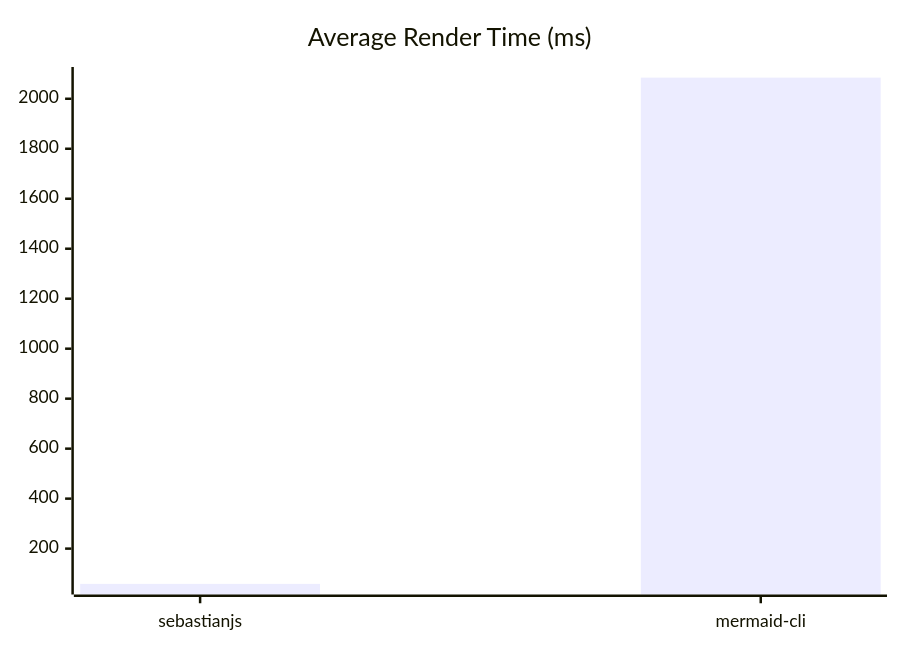
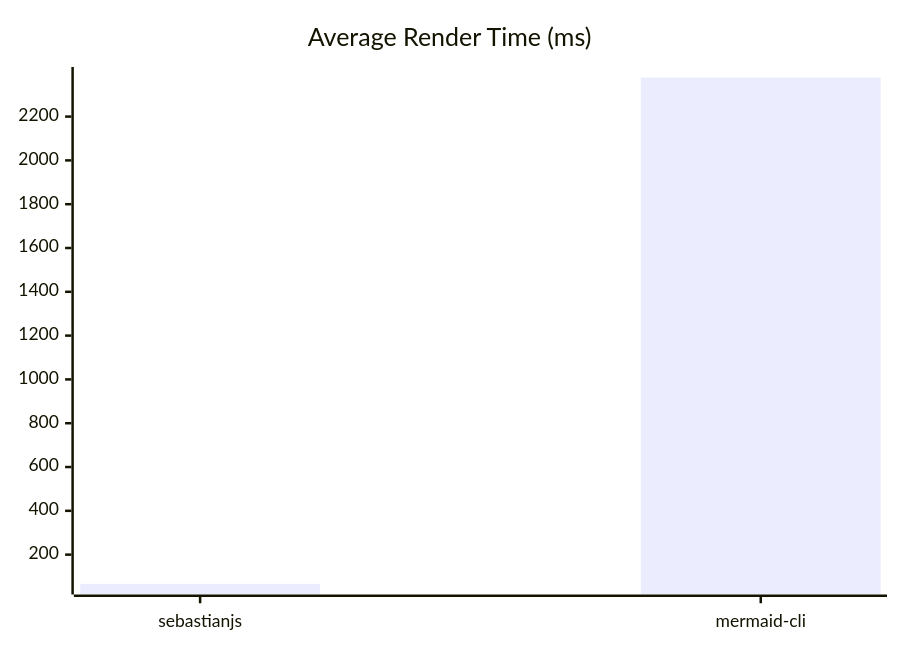
Before and after one commit to creadri/sebastianjs: the diagram in README.md, drawn with Mermaid. The commit also changed other lines of this file, not shown here.

````diff
--- a/README.md
+++ b/README.md
@@ -202,6 +202,6 @@
 ```mermaid
 xychart-beta
   title "Average Render Time (ms)"
   x-axis [sebastianjs, mermaid-cli]
-  bar [58.96, 2084.59]
+  bar [66.49, 2377.88]
 ```
````
